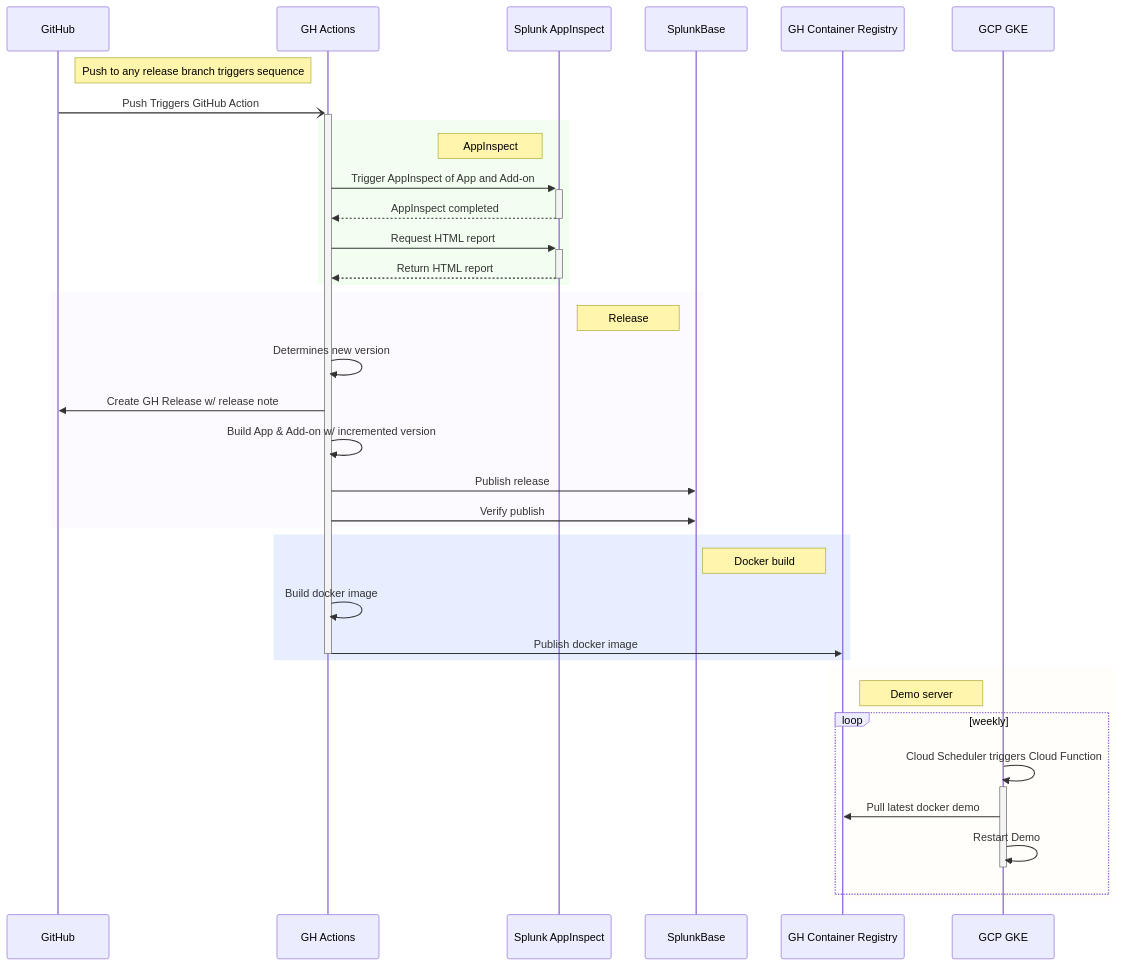
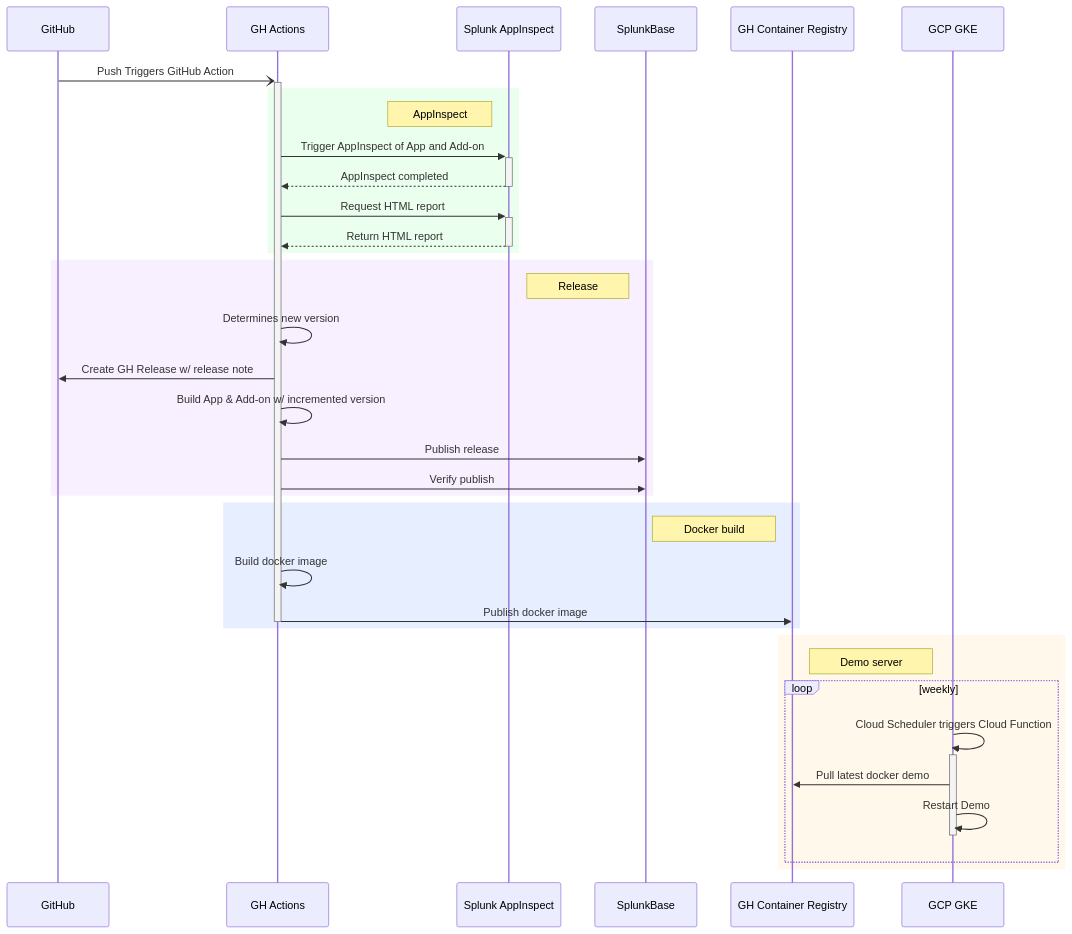
One commit to PaloAltoNetworks/Splunk-Apps changed the diagram in CONTRIBUTING.md. Above: the diagram before and after it, drawn with Mermaid.

````diff
--- a/CONTRIBUTING.md
+++ b/CONTRIBUTING.md
@@ -125,51 +125,50 @@
 ```mermaid
 sequenceDiagram
   %% This is a mermaid file
   %% See https://mermaid-js.github.io
 
   participant G as GitHub
-  note right of G: Push to any release branch triggers sequence
   participant A as GH Actions
   participant I as Splunk AppInspect
   participant S as SplunkBase
   participant C as GH Container Registry
   participant K as GCP GKE
   
   G-)+A: Push Triggers GitHub Action
 
   %% AppInspect
-  rect rgb(191,255,179,.2)
+  rect rgb(153,255,170,.2)
     note left of I: AppInspect
     A->>+I: Trigger AppInspect of App and Add-on
     I-->>-A: AppInspect completed
     A->>+I: Request HTML report
     I-->>-A: Return HTML report
   end
 
   %% Release
-  rect rgb(242,230,255,.2)
+  rect rgb(217,179,255,.2)
     note left of S: Release
     A->>A: Determines new version
     A->>G: Create GH Release w/ release note
     A->>A: Build App & Add-on w/ incremented version
     A->>S: Publish release
     A->>S: Verify publish
   end
 
   %% Docker build
   rect rgb(128,170,255,.2)
     note left of C: Docker build
     A->>A: Build docker image
     A->>-C: Publish docker image
   end
   
   %% Demo server
-  rect rgb(255,247,230,.2)
+  rect rgb(255,221,153,.2)
     note right of C: Demo server
     loop weekly
       K->>+K: Cloud Scheduler triggers Cloud Function
       K->>C: Pull latest docker demo
       K->>-K: Restart Demo
     end
   end
 ```
````
